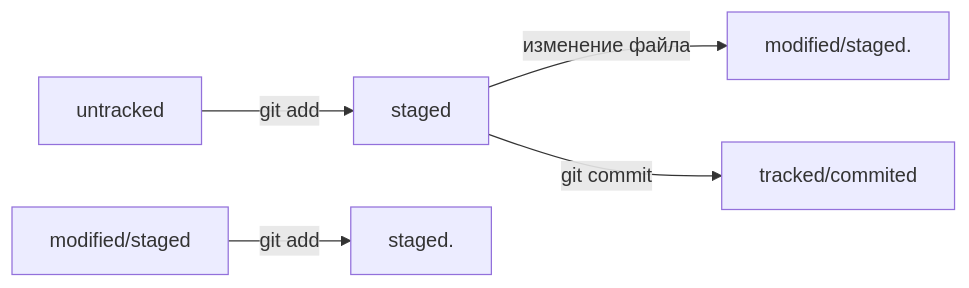
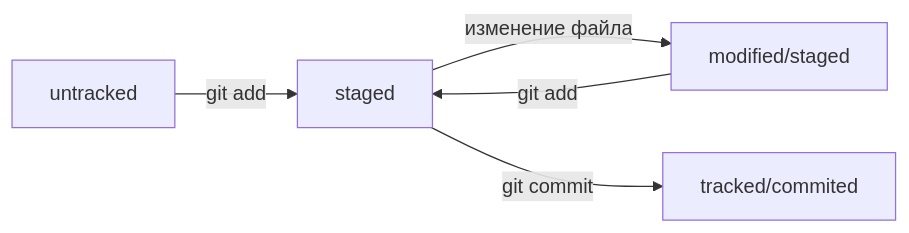
Before and after one commit to Evanescense1/newrep: the diagram in README.md, drawn with Mermaid.

Commit message:
Изменена mermaid-схема

````diff
--- a/README.md
+++ b/README.md
@@ -90,7 +90,7 @@
 ```mermaid
 graph LR;
 	untracked -- "git add" --> staged;
-	staged -- "изменение файла" --> modified/staged.
-	modified/staged -- "git add" --> staged.
+	staged -- "изменение файла" --> modified/staged;
+	modified/staged -- "git add" --> staged;
 	staged -- "git commit" --> tracked/commited;
 ```
````
